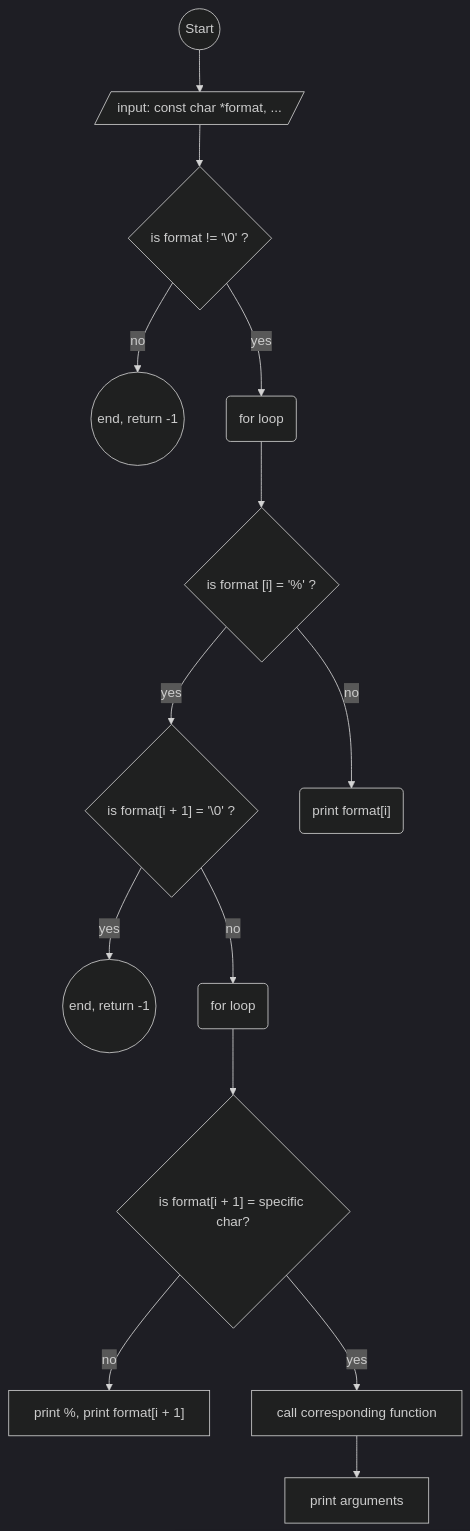
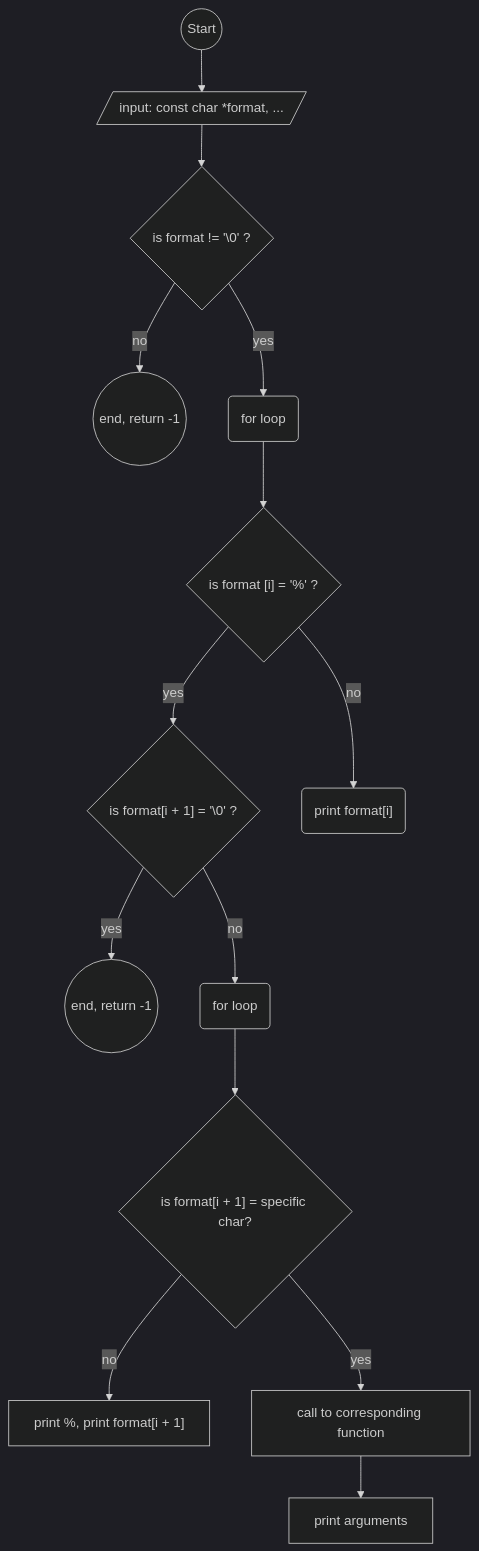
The diagram in README.md (Imartino4/holbertonschool-printf), drawn with Mermaid (dark theme) before and after one commit. The commit also changed other lines of this file, not shown here.

````diff
--- a/README.md
+++ b/README.md
@@ -22,24 +22,24 @@
 ```mermaid
 graph TD;
 
     s((Start))-->i[/input: const char *format, .../];
 
     i[/input: const char *format, .../]-->f1{is format != '\0' ?};
 
     f1{is format != '\0' ?}-->|no|r1((end, return -1));
     f1{is format != '\0' ?}-->|yes|fl(for loop);
 
     fl(for loop)-->if{"is format [i] = '%' ?"};
 
     if{"is format [i] = '%' ?"}-->|yes|if2{"is format[i + 1] = '\0' ?"};
     if{"is format [i] = '%' ?"}-->|no|p1("print format[i]");
 
     if2{"is format[i + 1] = '\0' ?"}-->|yes|r2((end, return -1));
     if2{"is format[i + 1] = '\0' ?"}-->|no|f2(for loop);
     f2(for loop)-->if3{"is format[i + 1] = specific char?"};
 
     if3{"is format[i + 1] = sspecific char?"}-->|no|pr["print %, print format[i + 1]"];
     if3{"is format[i + 1] = specific char?"}-->|yes|call["call to corresponding function"];
-    call["call corresponding function"]-->finish["print arguments"];
+    call["call to corresponding function"]-->finish["print arguments"];
 
 ```
````
